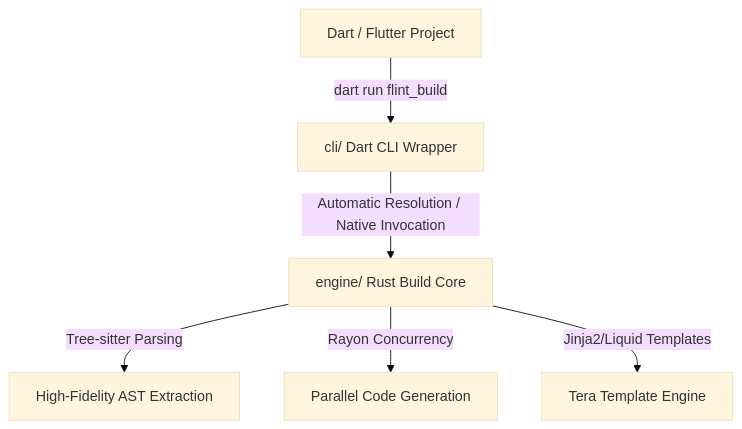
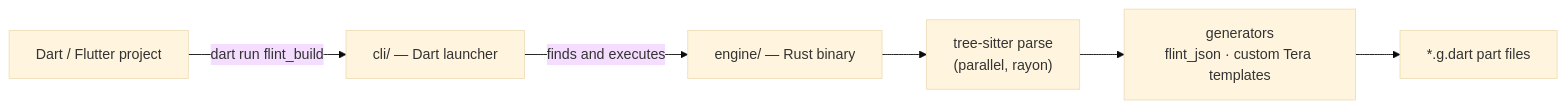
The diagram in README.md (migueloli/flint_build), drawn with Mermaid (base theme) before and after one commit. The commit also changed other lines of this file and 11 other files, not shown here.

First line of the commit message:
docs: add project review, SDD, roadmap, specs and agent instructions

````diff
--- a/README.md
+++ b/README.md
@@ -14,8 +21,8 @@
 ```mermaid
-graph TD
-    A[Dart / Flutter Project] -->|dart run flint_build| B[cli/ Dart CLI Wrapper]
-    B -->|Automatic Resolution / Native Invocation| C[engine/ Rust Build Core]
-    C -->|Tree-sitter Parsing| D[High-Fidelity AST Extraction]
-    C -->|Rayon Concurrency| E[Parallel Code Generation]
-    C -->|Jinja2/Liquid Templates| F[Tera Template Engine]
+flowchart LR
+    A["Dart / Flutter project"] -->|dart run flint_build| B["cli/ — Dart launcher"]
+    B -->|finds and executes| C["engine/ — Rust binary"]
+    C --> D["tree-sitter parse<br/>(parallel, rayon)"]
+    D --> E["generators<br/>flint_json · custom Tera templates"]
+    E --> F["*.g.dart part files"]
 ```
````
